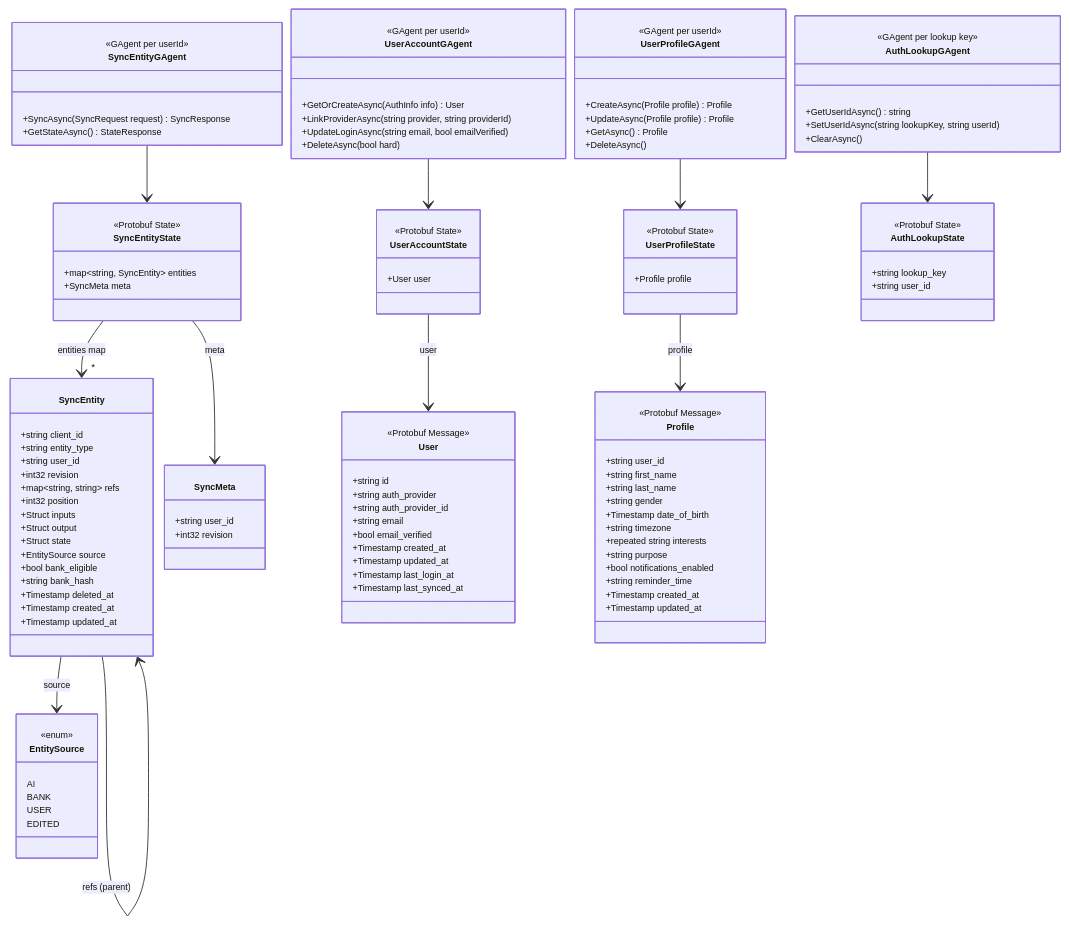
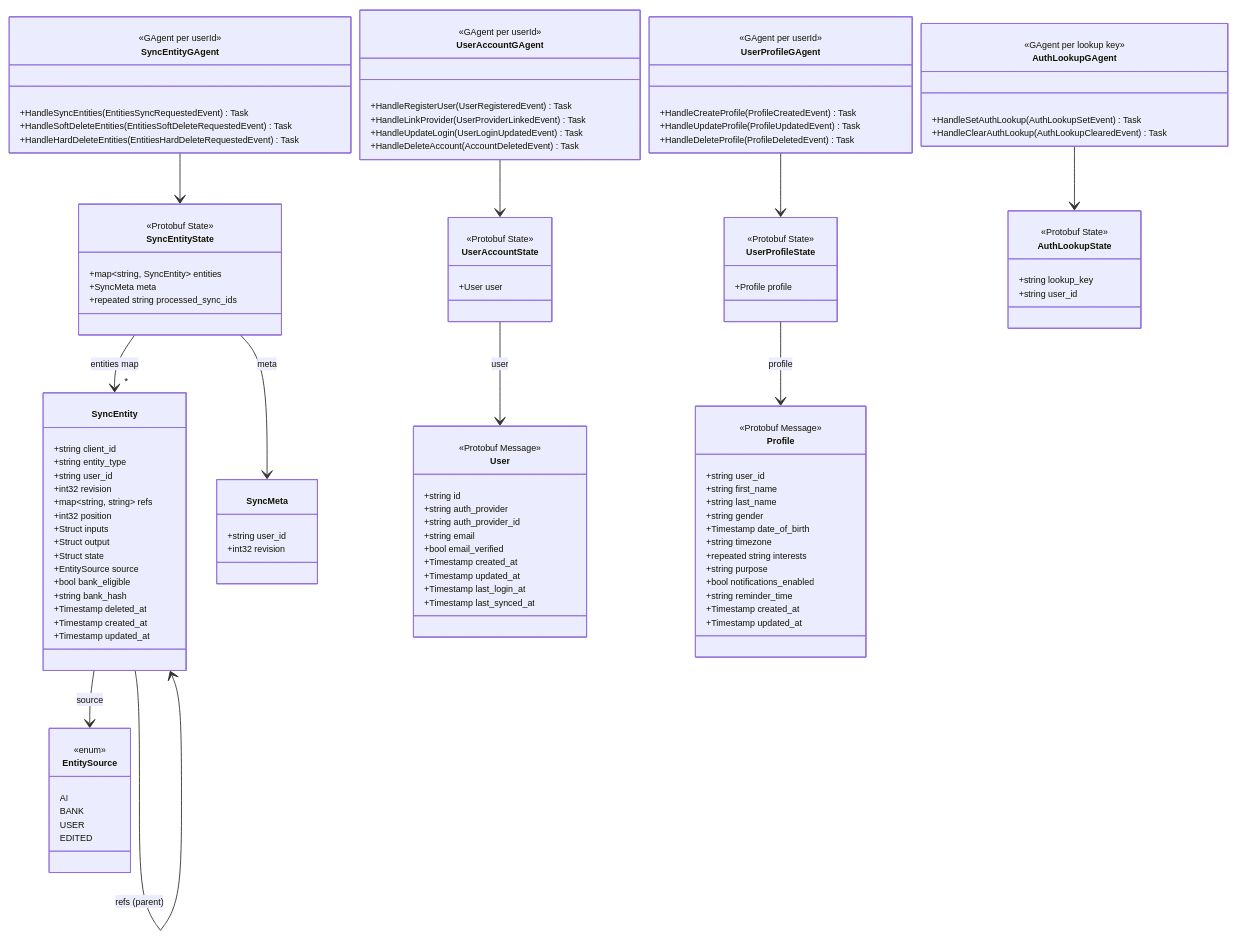
One commit to aevatarAI/aevatar changed the fourth of 15 diagrams in apps/aevatar-app/docs/refactoring-plan.md. Above: the diagram before and after it, drawn with Mermaid. The commit also changed other lines of this file and 2 other files, not shown here.

Commit message:
docs: add architecture audit and Soul Garden decoupling plan

```diff
--- a/apps/aevatar-app/docs/refactoring-plan.md
+++ b/apps/aevatar-app/docs/refactoring-plan.md
@@ -742,14 +783,16 @@
 classDiagram
     class SyncEntityGAgent {
         <<GAgent per userId>>
-        +SyncAsync(SyncRequest request) SyncResponse
-        +GetStateAsync() StateResponse
+        +HandleSyncEntities(EntitiesSyncRequestedEvent) Task
+        +HandleSoftDeleteEntities(EntitiesSoftDeleteRequestedEvent) Task
+        +HandleHardDeleteEntities(EntitiesHardDeleteRequestedEvent) Task
     }
 
     class SyncEntityState {
         <<Protobuf State>>
         +map~string, SyncEntity~ entities
         +SyncMeta meta
+        +repeated string processed_sync_ids
     }
 
     class SyncEntity {
@@ -777,10 +820,10 @@
 
     class UserAccountGAgent {
         <<GAgent per userId>>
-        +GetOrCreateAsync(AuthInfo info) User
-        +LinkProviderAsync(string provider, string providerId)
-        +UpdateLoginAsync(string email, bool emailVerified)
-        +DeleteAsync(bool hard)
+        +HandleRegisterUser(UserRegisteredEvent) Task
+        +HandleLinkProvider(UserProviderLinkedEvent) Task
+        +HandleUpdateLogin(UserLoginUpdatedEvent) Task
+        +HandleDeleteAccount(AccountDeletedEvent) Task
     }
 
     class UserAccountState {
@@ -790,10 +833,9 @@
 
     class UserProfileGAgent {
         <<GAgent per userId>>
-        +CreateAsync(Profile profile) Profile
-        +UpdateAsync(Profile profile) Profile
-        +GetAsync() Profile
-        +DeleteAsync()
+        +HandleCreateProfile(ProfileCreatedEvent) Task
+        +HandleUpdateProfile(ProfileUpdatedEvent) Task
+        +HandleDeleteProfile(ProfileDeletedEvent) Task
     }
 
     class UserProfileState {
@@ -803,9 +845,8 @@
 
     class AuthLookupGAgent {
         <<GAgent per lookup key>>
-        +GetUserIdAsync() string
-        +SetUserIdAsync(string lookupKey, string userId)
-        +ClearAsync()
+        +HandleSetAuthLookup(AuthLookupSetEvent) Task
+        +HandleClearAuthLookup(AuthLookupClearedEvent) Task
     }
 
     class AuthLookupState {
```
